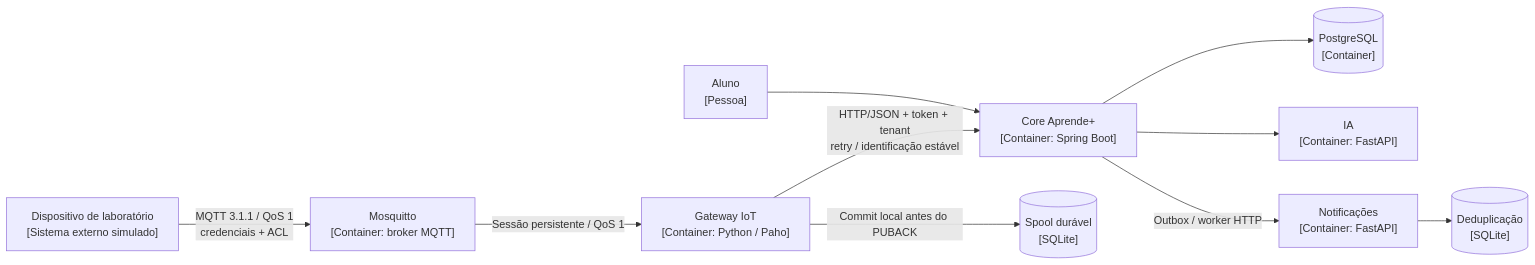
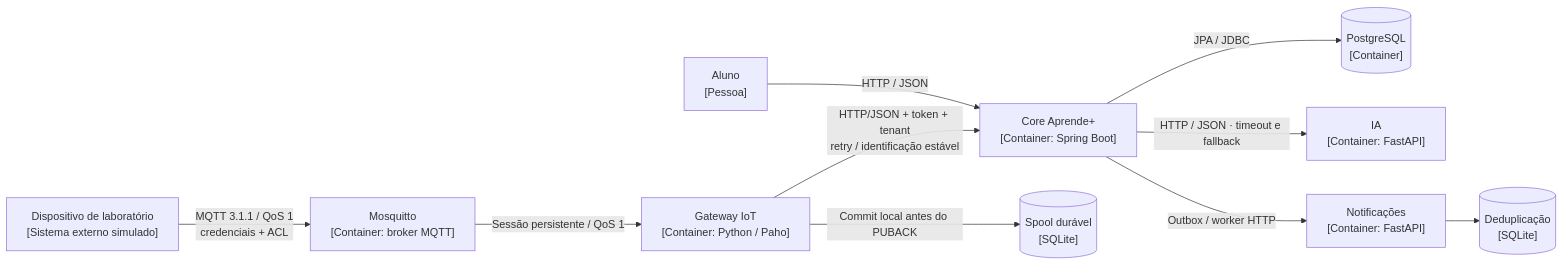
One commit to EnglerEngler/gamificacao-educacao-continuada changed the diagram in docs/arquitetura/diagramas/d5-container.mmd. Above: the diagram before and after it, drawn with Mermaid. The commit also changed other lines of this file and 11 other files, not shown here.

```diff
--- a/docs/arquitetura/diagramas/d5-container.mmd
+++ b/docs/arquitetura/diagramas/d5-container.mmd
@@ -1,10 +1,10 @@
 flowchart LR
-    U["Aluno<br/>[Pessoa]"] --> CORE["Core Aprende+<br/>[Container: Spring Boot]"]
-    CORE --> DB[("PostgreSQL<br/>[Container]")]
-    CORE --> IA["IA<br/>[Container: FastAPI]"]
+    U["Aluno<br/>[Pessoa]"] -->|"HTTP / JSON"| CORE["Core Aprende+<br/>[Container: Spring Boot]"]
+    CORE -->|"JPA / JDBC"| DB[("PostgreSQL<br/>[Container]")]
+    CORE -->|"HTTP / JSON · timeout e fallback"| IA["IA<br/>[Container: FastAPI]"]
     CORE -->|"Outbox / worker HTTP"| N["Notificações<br/>[Container: FastAPI]"]
     N --> NDB[("Deduplicação<br/>[SQLite]")]
     D["Dispositivo de laboratório<br/>[Sistema externo simulado]"] -->|"MQTT 3.1.1 / QoS 1<br/>credenciais + ACL"| MQTT["Mosquitto<br/>[Container: broker MQTT]"]
     MQTT -->|"Sessão persistente / QoS 1"| GW["Gateway IoT<br/>[Container: Python / Paho]"]
     GW -->|"Commit local antes do PUBACK"| SPOOL[("Spool durável<br/>[SQLite]")]
     GW -->|"HTTP/JSON + token + tenant<br/>retry / identificação estável"| CORE
```
